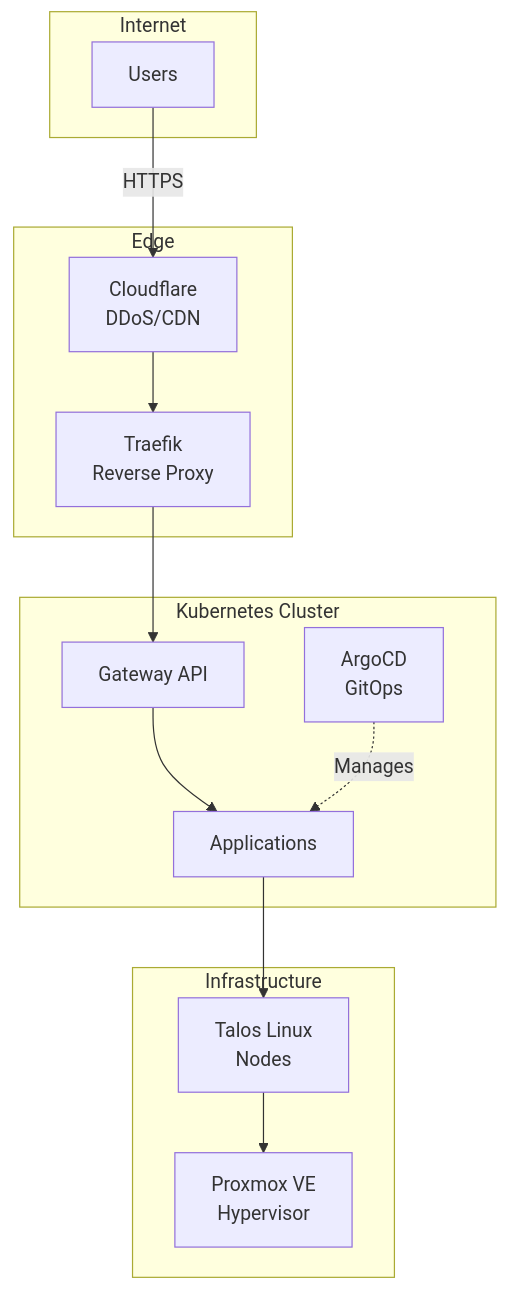
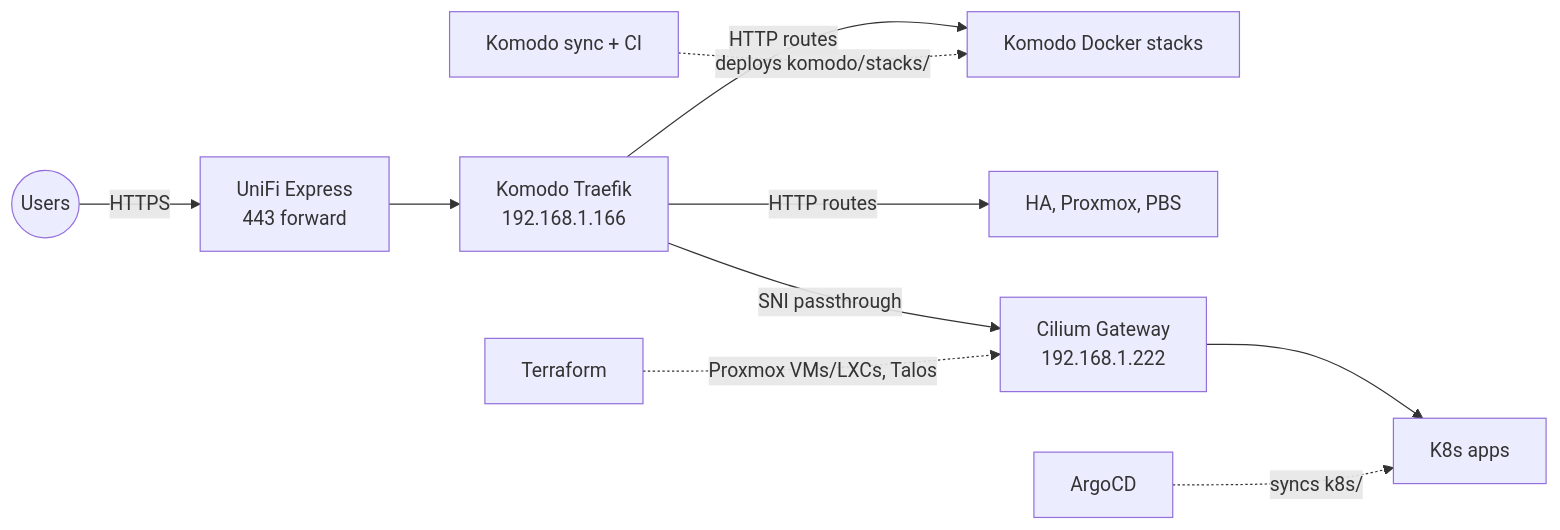
One commit to ravilushqa/homelab changed the diagram in docs/README.md. Above: the diagram before and after it, drawn with Mermaid. The commit also changed other lines of this file and 15 other files, not shown here.

First line of the commit message:
docs: refresh README, CLAUDE.md and docs; fix broken Mermaid charts (#835)

````diff
--- a/docs/README.md
+++ b/docs/README.md
@@ -135,30 +13,12 @@
 ```mermaid
-graph TB
-    subgraph "Internet"
-        Users[Users]
-    end
-
-    subgraph "Edge"
-        Cloudflare[Cloudflare<br/>DDoS/CDN]
-        Traefik[Traefik<br/>Reverse Proxy]
-    end
-
-    subgraph "Kubernetes Cluster"
-        Gateway[Gateway API]
-        ArgoCD[ArgoCD<br/>GitOps]
-        Apps[Applications]
-    end
-
-    subgraph "Infrastructure"
-        Proxmox[Proxmox VE<br/>Hypervisor]
-        Talos[Talos Linux<br/>Nodes]
-    end
-
-    Users -->|HTTPS| Cloudflare
-    Cloudflare --> Traefik
-    Traefik --> Gateway
-    Gateway --> Apps
-    ArgoCD -.->|Manages| Apps
-    Apps --> Talos
-    Talos --> Proxmox
+flowchart LR
+  Users((Users)) -->|HTTPS| Router[UniFi Express<br/>443 forward]
+  Router --> Traefik[Komodo Traefik<br/>192.168.1.166]
+  Traefik -->|HTTP routes| Stacks[Komodo Docker stacks]
+  Traefik -->|HTTP routes| Lan[HA, Proxmox, PBS]
+  Traefik -->|SNI passthrough| Gateway[Cilium Gateway<br/>192.168.1.222]
+  Gateway --> K8sApps[K8s apps]
+  ArgoCD[ArgoCD] -. syncs k8s/ .-> K8sApps
+  Komodo[Komodo sync + CI] -. deploys komodo/stacks/ .-> Stacks
+  Terraform[Terraform] -. Proxmox VMs/LXCs, Talos .-> Gateway
 ```
````
